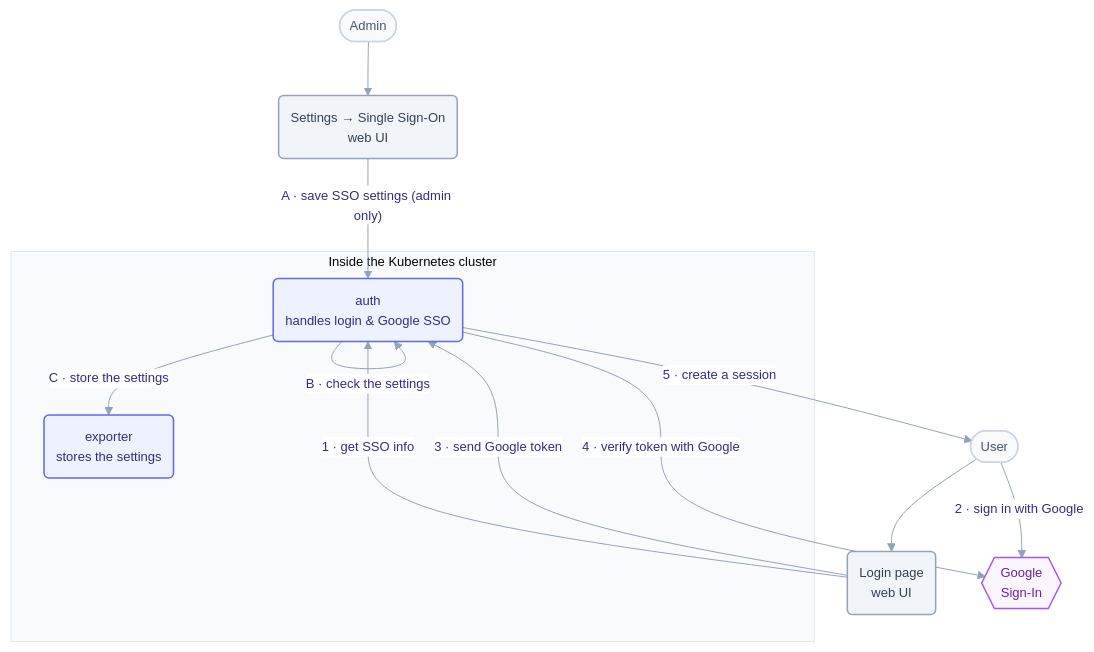
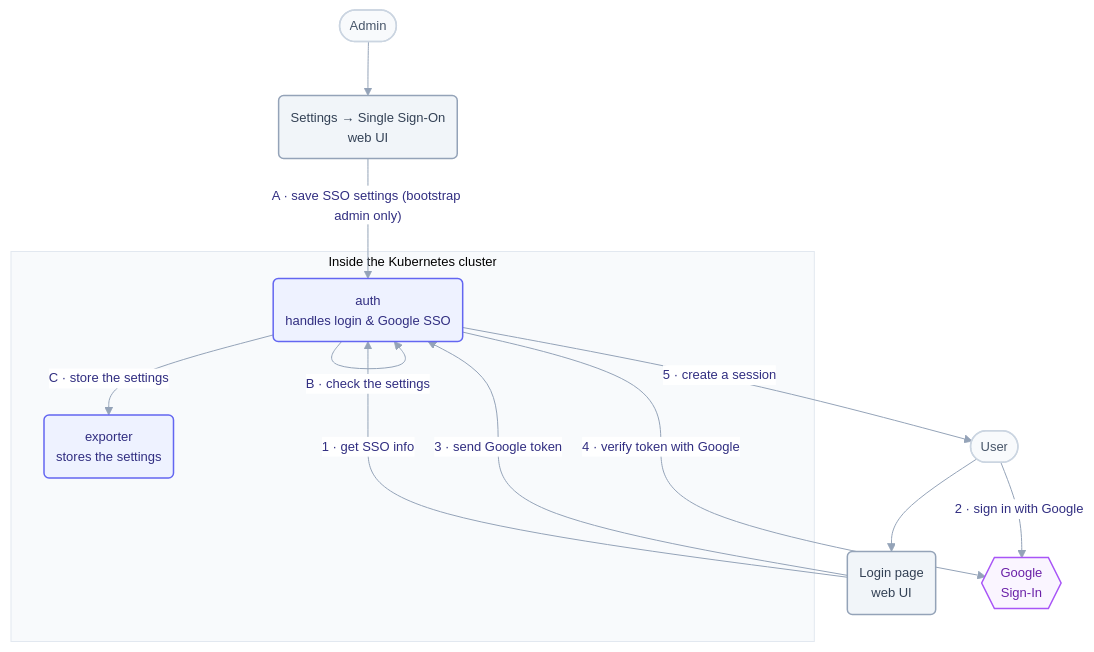
Before and after one commit to telark/telark: the diagram in services/auth/OIDC.md, drawn with Mermaid. The commit also changed other lines of this file and 106 other files, not shown here.

````diff
--- a/services/auth/OIDC.md
+++ b/services/auth/OIDC.md
@@ -7,32 +7,32 @@
 ```mermaid
 %%{init: {"theme":"base","themeVariables":{"fontFamily":"ui-sans-serif, system-ui, -apple-system, Segoe UI, Roboto, sans-serif","fontSize":"13px","lineColor":"#94a3b8","primaryColor":"#eef2ff","primaryBorderColor":"#6366f1","primaryTextColor":"#312e81","edgeLabelBackground":"#ffffff","clusterBkg":"#f8fafc","clusterBorder":"#e2e8f0"},"flowchart":{"curve":"basis","htmlLabels":true,"nodeSpacing":46,"rankSpacing":54,"padding":12}}}%%
 flowchart TB
     admin(["Admin"]):::actor
     user(["User"]):::actor
     settings("Settings → Single Sign-On<br/>web UI"):::client
     login("Login page<br/>web UI"):::client
 
     subgraph cluster["Inside the Kubernetes cluster"]
         auth("auth<br/>handles login &amp; Google SSO"):::svc
         exp("exporter<br/>stores the settings"):::svc
     end
 
     google{{"Google<br/>Sign-In"}}:::ext
 
     admin --> settings
-    settings -->|"A · save SSO settings (admin only)"| auth
+    settings -->|"A · save SSO settings (bootstrap admin only)"| auth
     auth -->|"B · check the settings"| auth
     auth -->|"C · store the settings"| exp
 
     user --> login
     login -->|"1 · get SSO info"| auth
     user -->|"2 · sign in with Google"| google
     login -->|"3 · send Google token"| auth
     auth -->|"4 · verify token with Google"| google
     auth -->|"5 · create a session"| user
 
     classDef svc fill:#eef2ff,stroke:#6366f1,stroke-width:1.5px,color:#312e81;
     classDef ext fill:#faf5ff,stroke:#a855f7,stroke-width:1.5px,color:#6b21a8;
     classDef client fill:#f1f5f9,stroke:#94a3b8,stroke-width:1.5px,color:#334155;
     classDef actor fill:#f8fafc,stroke:#cbd5e1,stroke-width:1.5px,color:#475569;
 ```
````
